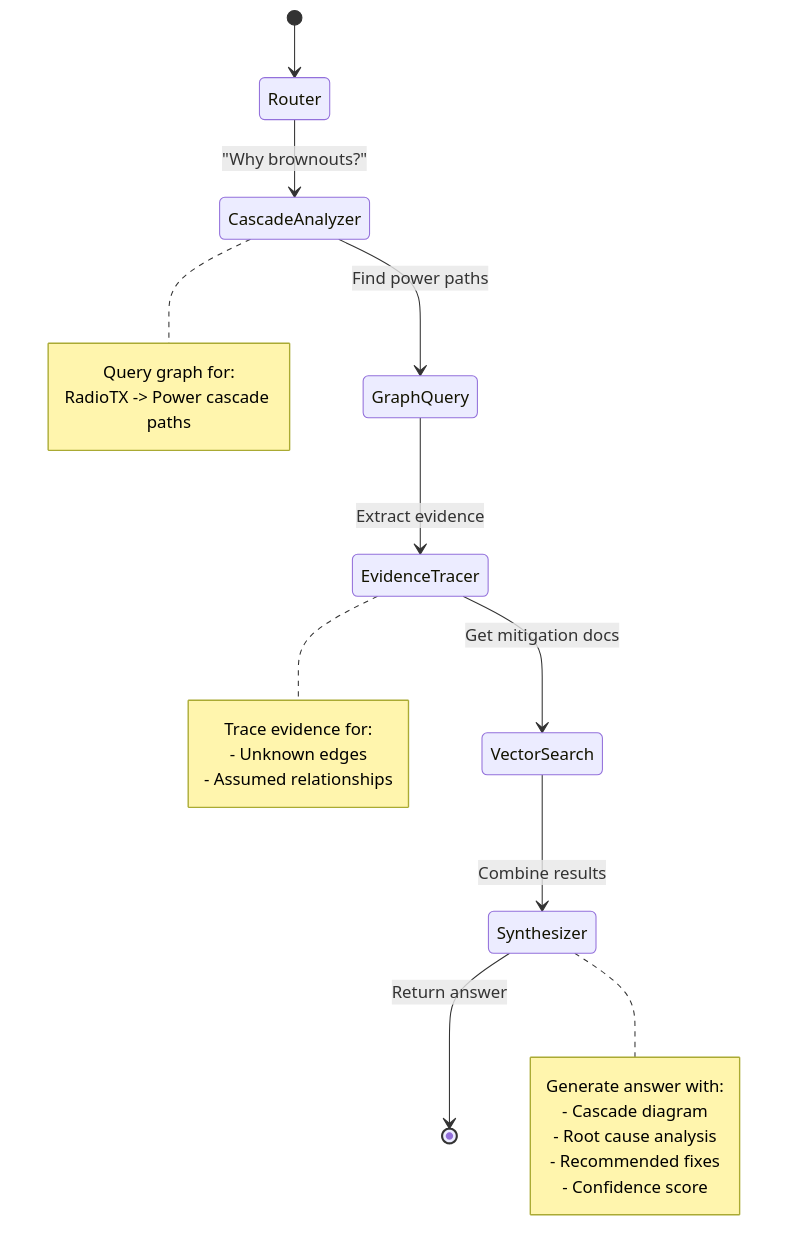
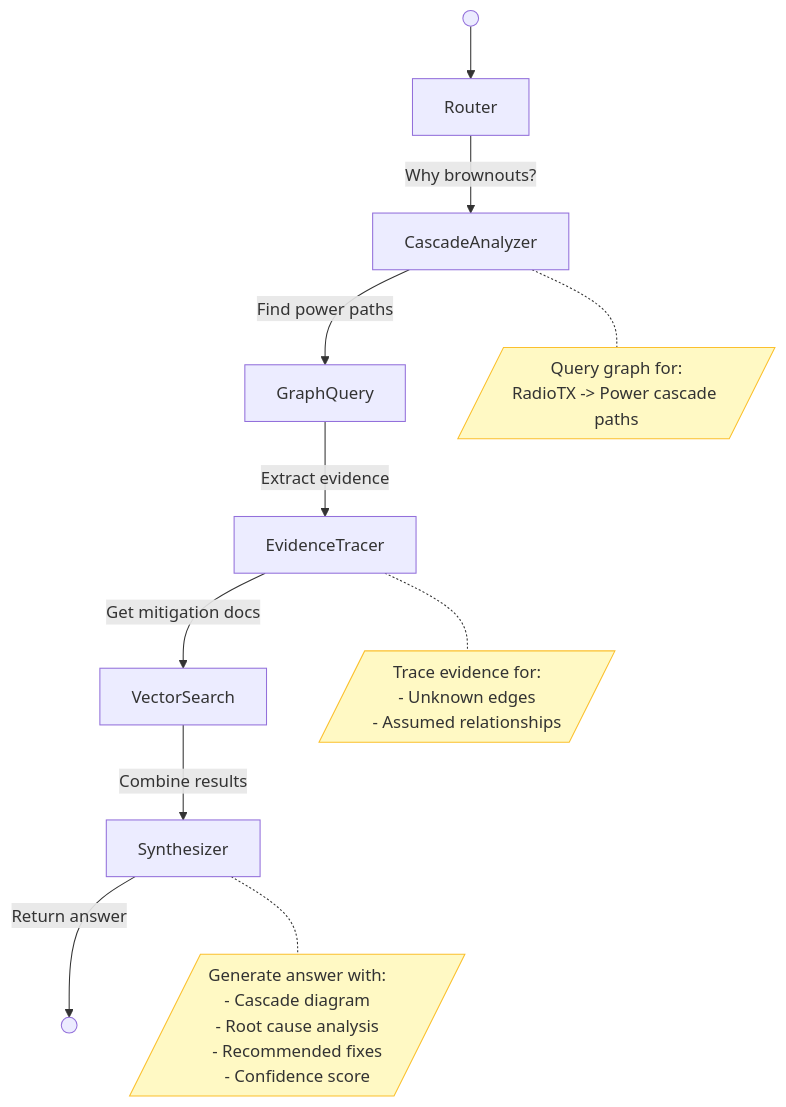
Before and after one commit to Lizo-RoadTown/PROVES_LIBRARY: the third of 3 diagrams in docs/architecture/AGENTIC_ARCHITECTURE.md, drawn with Mermaid.

Commit message:
Fix Mermaid diagram rendering on GitHub
Convert stateDiagram-v2 to flowchart format for the Cascade Analysis
Workflow diagram. GitHub's Mermaid renderer handles flowcharts more
reliably than stateDiagram-v2 with notes.

````diff
--- a/docs/architecture/AGENTIC_ARCHITECTURE.md
+++ b/docs/architecture/AGENTIC_ARCHITECTURE.md
@@ -307,30 +307,23 @@
 ```mermaid
-stateDiagram-v2
-    [*] --> Router
+flowchart TB
+    START(( )) --> Router
 
-    Router --> CascadeAnalyzer: "Why brownouts?"
-    CascadeAnalyzer --> GraphQuery: Find power paths
-    GraphQuery --> EvidenceTracer: Extract evidence
-    EvidenceTracer --> VectorSearch: Get mitigation docs
-    VectorSearch --> Synthesizer: Combine results
-    Synthesizer --> [*]: Return answer
+    Router -->|"Why brownouts?"| CascadeAnalyzer
+    CascadeAnalyzer -->|Find power paths| GraphQuery
+    GraphQuery -->|Extract evidence| EvidenceTracer
+    EvidenceTracer -->|Get mitigation docs| VectorSearch
+    VectorSearch -->|Combine results| Synthesizer
+    Synthesizer -->|Return answer| END(( ))
 
-    note right of CascadeAnalyzer
-        Query graph for:
-        RadioTX -> Power cascade paths
-    end note
+    NOTE_CA[/"Query graph for:<br/>RadioTX -> Power cascade paths"/]
+    CascadeAnalyzer -.- NOTE_CA
+    style NOTE_CA fill:#fff9c4,stroke:#fbc02d
 
-    note right of EvidenceTracer
-        Trace evidence for:
-        - Unknown edges
-        - Assumed relationships
-    end note
+    NOTE_ET[/"Trace evidence for:<br/>- Unknown edges<br/>- Assumed relationships"/]
+    EvidenceTracer -.- NOTE_ET
+    style NOTE_ET fill:#fff9c4,stroke:#fbc02d
 
-    note right of Synthesizer
-        Generate answer with:
-        - Cascade diagram
-        - Root cause analysis
-        - Recommended fixes
-        - Confidence score
-    end note
+    NOTE_SYN[/"Generate answer with:<br/>- Cascade diagram<br/>- Root cause analysis<br/>- Recommended fixes<br/>- Confidence score"/]
+    Synthesizer -.- NOTE_SYN
+    style NOTE_SYN fill:#fff9c4,stroke:#fbc02d
 ```
````
